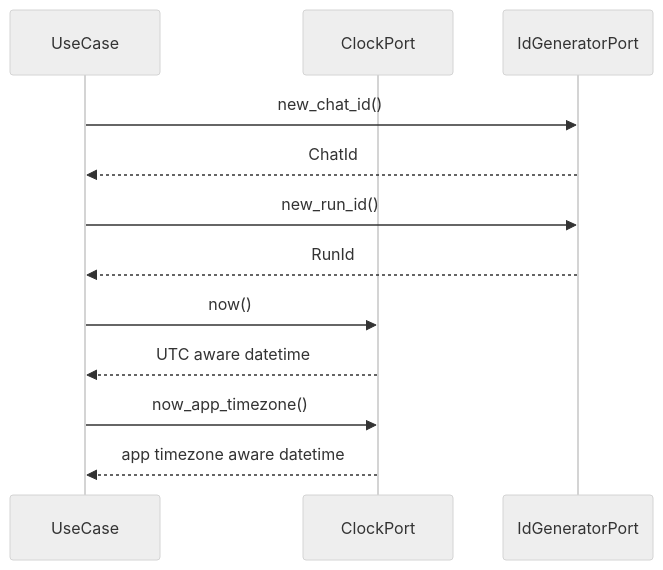
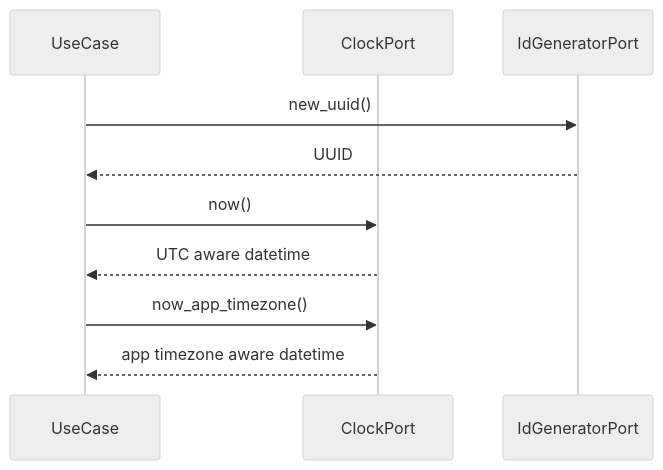
One commit to mincsys/D-Concierge changed the diagram in docs/03_内部設計/03_内部IF設計/RuntimeProviderIF.md. Above: the diagram before and after it, drawn with Mermaid (neutral theme). The commit also changed other lines of this file and 18 other files, not shown here.

````diff
--- a/docs/03_内部設計/03_内部IF設計/RuntimeProviderIF.md
+++ b/docs/03_内部設計/03_内部IF設計/RuntimeProviderIF.md
@@ -25,15 +33,13 @@
 ```mermaid
 sequenceDiagram
     participant usecase as UseCase
     participant clock as ClockPort
     participant ids as IdGeneratorPort
 
-    usecase->>ids: new_chat_id()
-    ids-->>usecase: ChatId
-    usecase->>ids: new_run_id()
-    ids-->>usecase: RunId
+    usecase->>ids: new_uuid()
+    ids-->>usecase: UUID
     usecase->>clock: now()
     clock-->>usecase: UTC aware datetime
     usecase->>clock: now_app_timezone()
     clock-->>usecase: app timezone aware datetime
 ```
````
